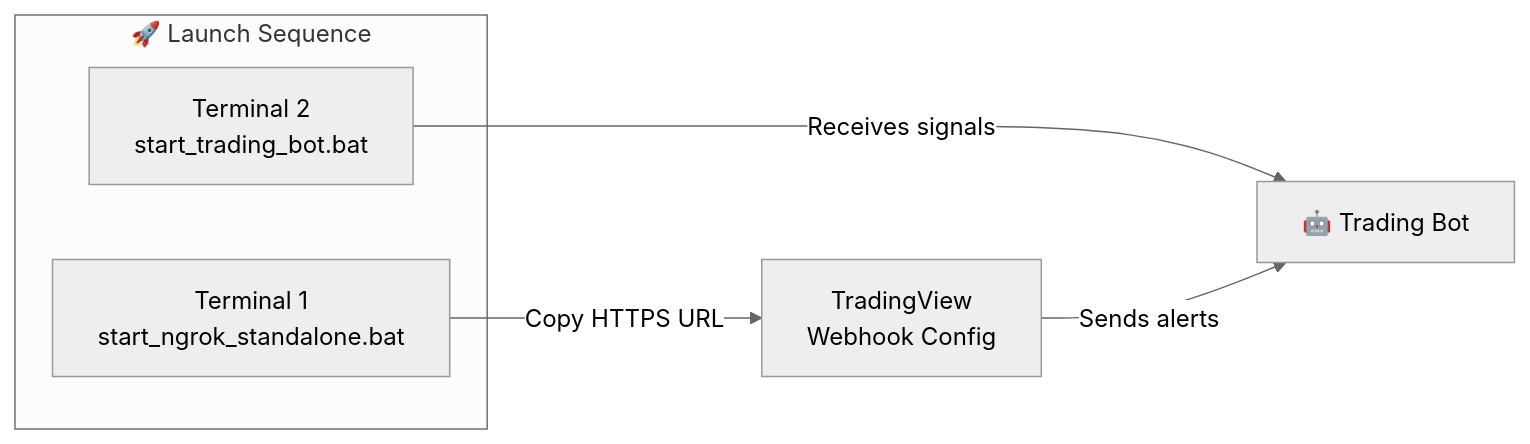
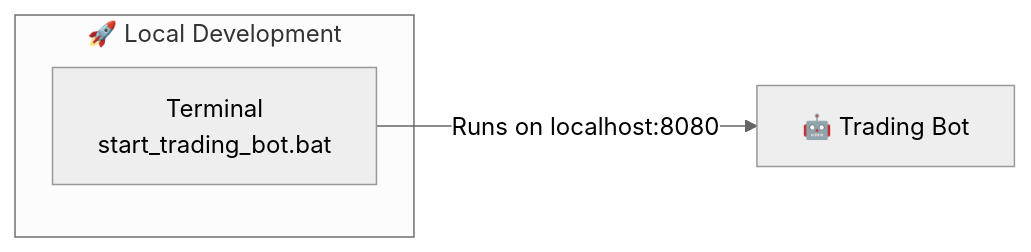
One commit to nirnaykhatri/alpha-trader changed the fourth of 13 diagrams in README.md. Above: the diagram before and after it, drawn with Mermaid (neutral theme). The commit also changed other lines of this file and 241 other files, not shown here.

````diff
--- a/README.md
+++ b/README.md
@@ -113,11 +133,8 @@
 ```mermaid
 flowchart LR
-    subgraph Launch["🚀 Launch Sequence"]
-        T1["Terminal 1<br/>start_ngrok_standalone.bat"]
-        T2["Terminal 2<br/>start_trading_bot.bat"]
+    subgraph Launch["🚀 Local Development"]
+        T1["Terminal<br/>start_trading_bot.bat"]
     end
     
-    T1 -->|"Copy HTTPS URL"| TV["TradingView<br/>Webhook Config"]
-    T2 -->|"Receives signals"| BOT["🤖 Trading Bot"]
-    TV -->|"Sends alerts"| BOT
+    T1 -->|"Runs on localhost:8080"| BOT["🤖 Trading Bot"]
 ```
````
